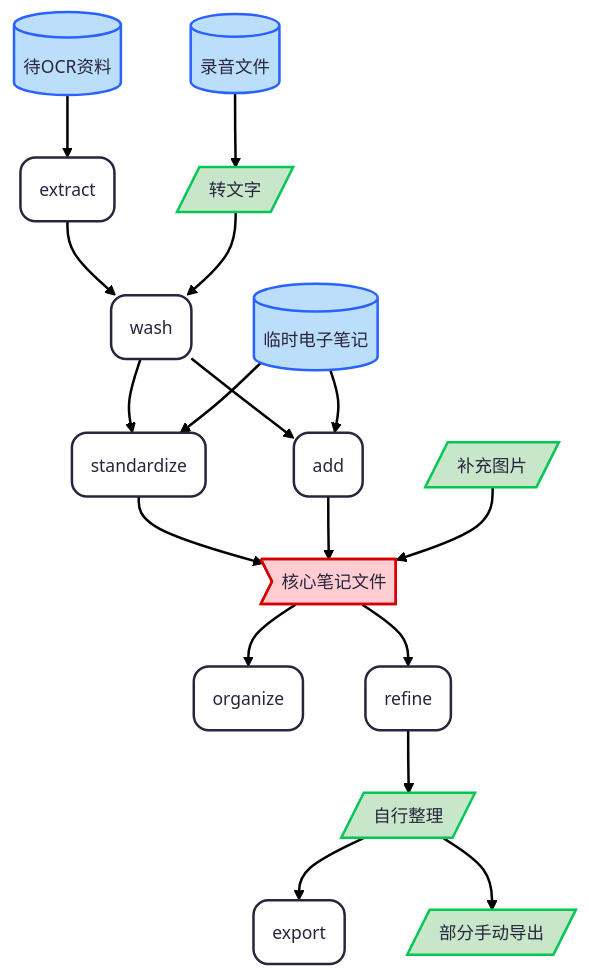
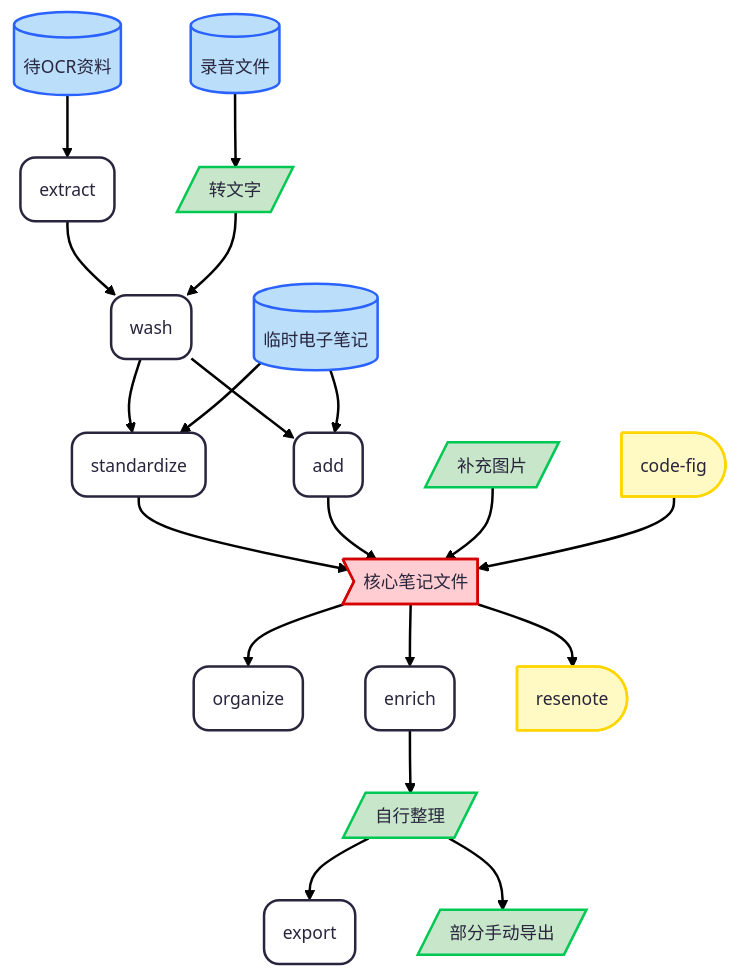
Before and after one commit to ursa-minor-alkaid/Ordinote: the diagram in README.md, drawn with Mermaid. The commit also changed other lines of this file and 8 other files, not shown here.

````diff
--- a/README.md
+++ b/README.md
@@ -81,43 +83,48 @@
 ```mermaid
 ---
 config:
   theme: redux
   layout: dagre
 ---
 flowchart TB
     n1["待OCR资料"] --> n2["extract"]
     n2 --> n3["wash"]
     n4["录音文件"] --> n5["转文字"]
     n5 --> n3
     n3 --> n6["standardize"] & n11["add"]
     n7["临时电子笔记"] --> n6 & n11
     n6 --> n8>"核心笔记文件"]
-    n8 --> n9["organize"] & n10["refine"]
+    n8 --> n9["organize"] & n10["enrich"] & n17["resenote"]
     n11 --> n8
     n10 --> n12["自行整理"]
     n13["补充图片"] --> n8
     n12 --> n14["export"] & n15["部分手动导出"]
+    n16["code-fig"] --> n8
 
     n1@{ shape: cyl}
     n2@{ shape: rounded}
     n3@{ shape: rounded}
     n4@{ shape: cyl}
     n5@{ shape: lean-r}
     n6@{ shape: rounded}
     n11@{ shape: rounded}
     n7@{ shape: cyl}
     n9@{ shape: rounded}
     n10@{ shape: rounded}
+    n17@{ shape: delay}
     n12@{ shape: lean-r}
     n13@{ shape: lean-r}
     n14@{ shape: rounded}
     n15@{ shape: lean-r}
+    n16@{ shape: delay}
     style n1 fill:#BBDEFB,stroke:#2962FF
     style n4 stroke:#2962FF,fill:#BBDEFB
     style n5 fill:#C8E6C9,stroke:#00C853
     style n7 stroke:#2962FF,fill:#BBDEFB
     style n8 fill:#FFCDD2,stroke:#D50000
+    style n17 fill:#FFF9C4,stroke:#FFD600
     style n12 stroke:#00C853,fill:#C8E6C9
     style n13 stroke:#00C853,fill:#C8E6C9
     style n15 stroke:#00C853,fill:#C8E6C9
+    style n16 fill:#FFF9C4,stroke:#FFD600
 ```
````
